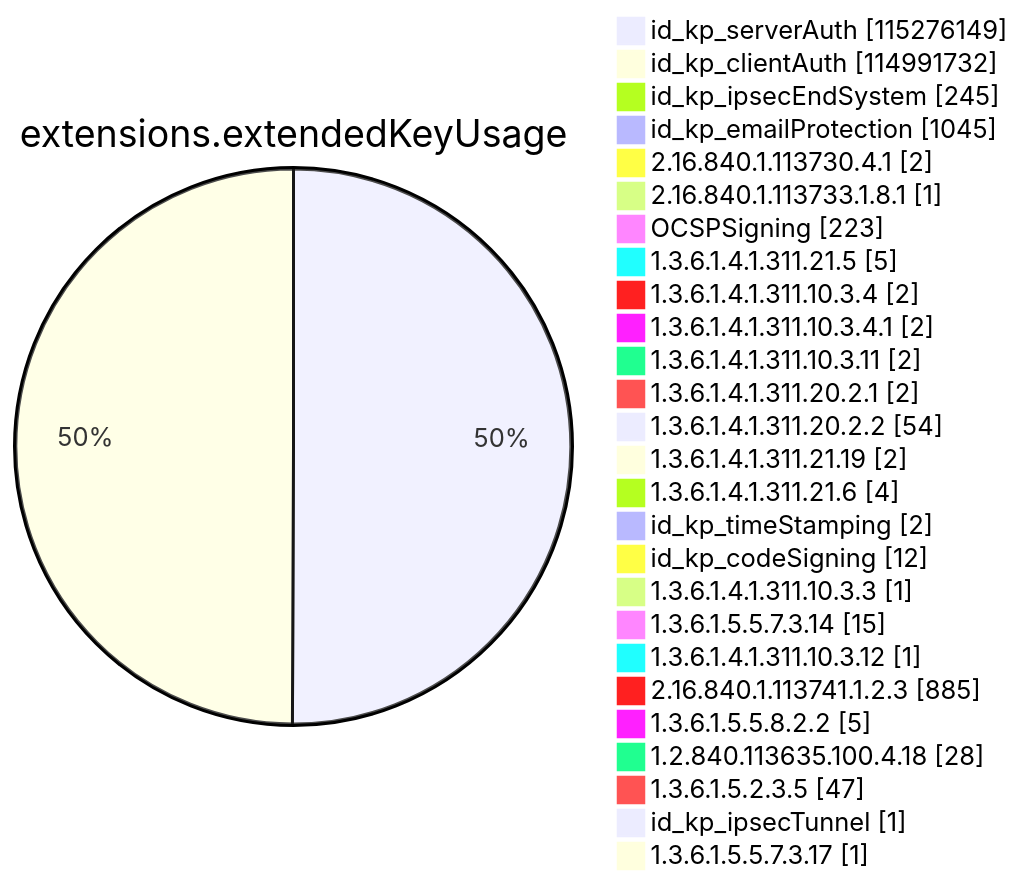
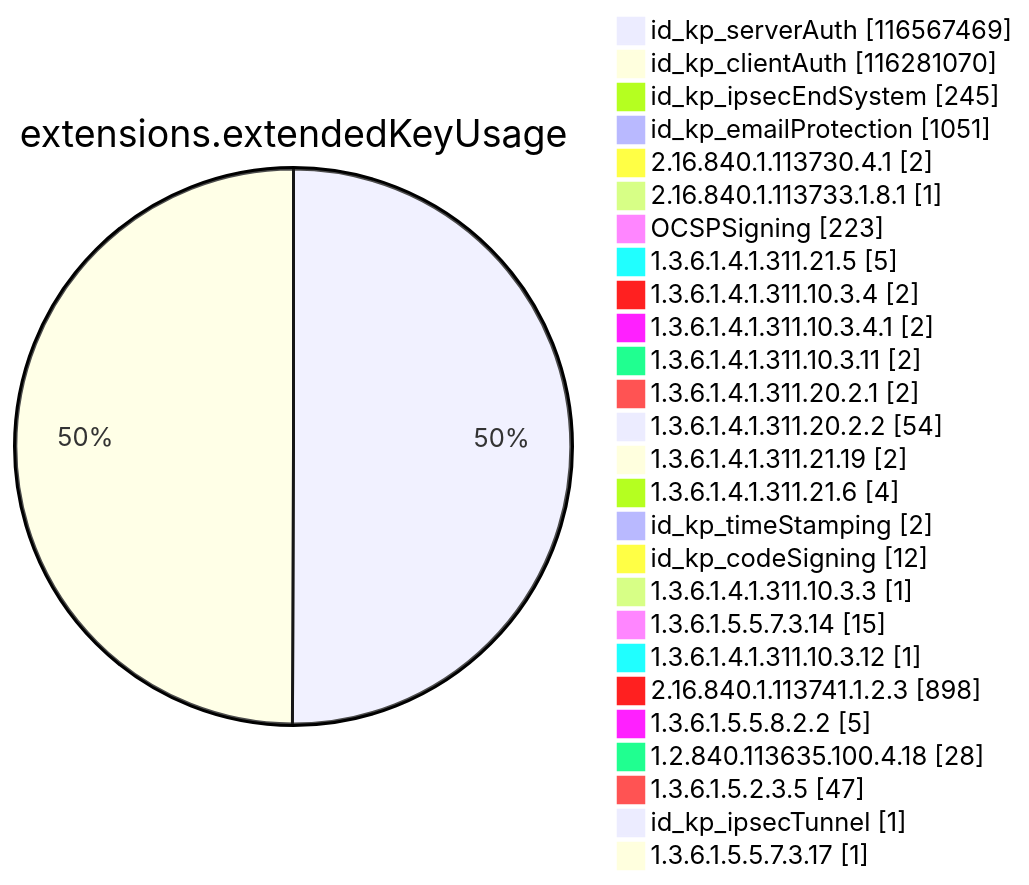
Before and after one commit to christiankrug/ctmonitor_visualization: diagram 11 of 15 in xenon2023/README.md, drawn with Mermaid. The commit also changed other lines of this file, not shown here.

````diff
--- a/xenon2023/README.md
+++ b/xenon2023/README.md
@@ -2666,30 +2672,30 @@
 ```mermaid
 pie showData
 title extensions.extendedKeyUsage
-"id_kp_serverAuth" :115276149
-"id_kp_clientAuth" :114991732
+"id_kp_serverAuth" :116567469
+"id_kp_clientAuth" :116281070
 "id_kp_ipsecEndSystem" :245
-"id_kp_emailProtection" :1045
+"id_kp_emailProtection" :1051
 "2.16.840.1.113730.4.1" :2
 "2.16.840.1.113733.1.8.1" :1
 "OCSPSigning" :223
 "1.3.6.1.4.1.311.21.5" :5
 "1.3.6.1.4.1.311.10.3.4" :2
 "1.3.6.1.4.1.311.10.3.4.1" :2
 "1.3.6.1.4.1.311.10.3.11" :2
 "1.3.6.1.4.1.311.20.2.1" :2
 "1.3.6.1.4.1.311.20.2.2" :54
 "1.3.6.1.4.1.311.21.19" :2
 "1.3.6.1.4.1.311.21.6" :4
 "id_kp_timeStamping" :2
 "id_kp_codeSigning" :12
 "1.3.6.1.4.1.311.10.3.3" :1
 "1.3.6.1.5.5.7.3.14" :15
 "1.3.6.1.4.1.311.10.3.12" :1
-"2.16.840.1.113741.1.2.3" :885
+"2.16.840.1.113741.1.2.3" :898
 "1.3.6.1.5.5.8.2.2" :5
 "1.2.840.113635.100.4.18" :28
 "1.3.6.1.5.2.3.5" :47
 "id_kp_ipsecTunnel" :1
 "1.3.6.1.5.5.7.3.17" :1
 ```
````
